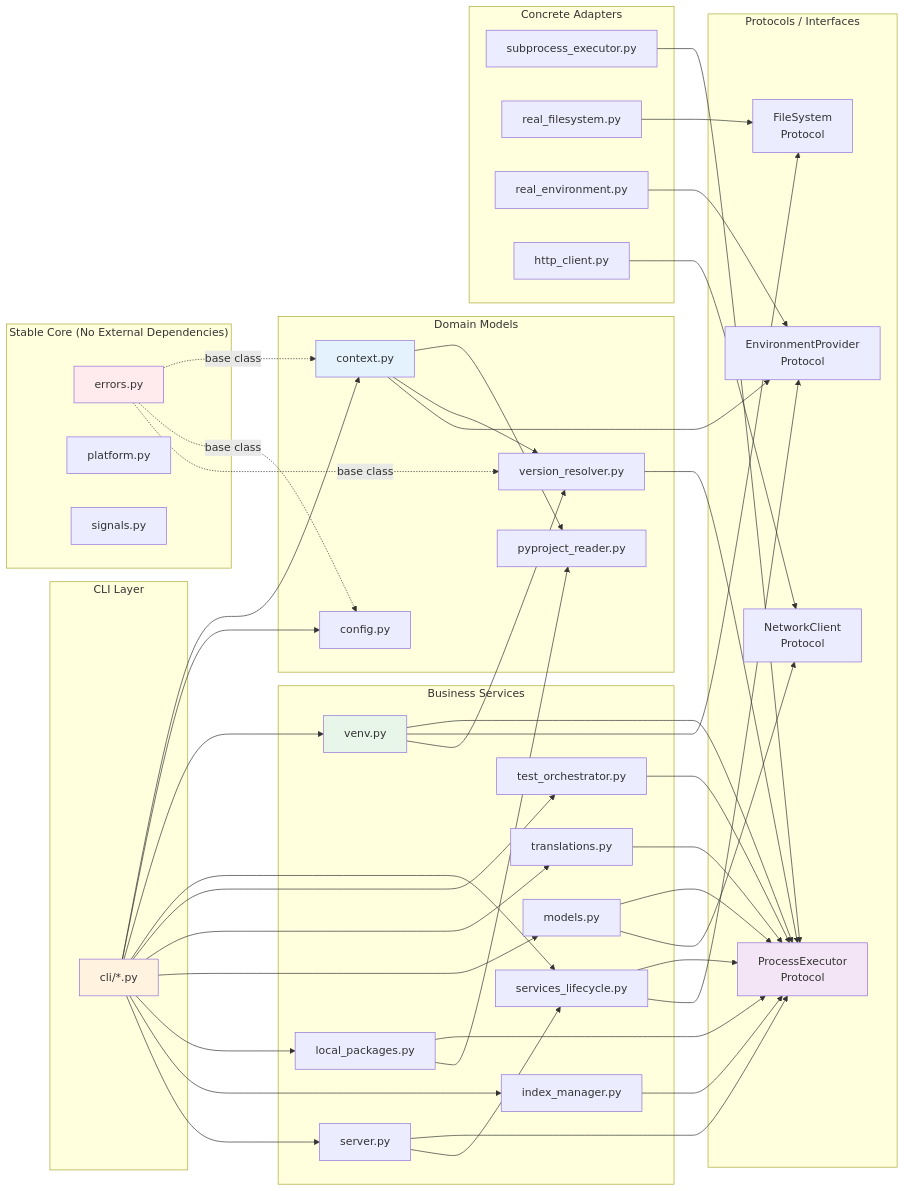
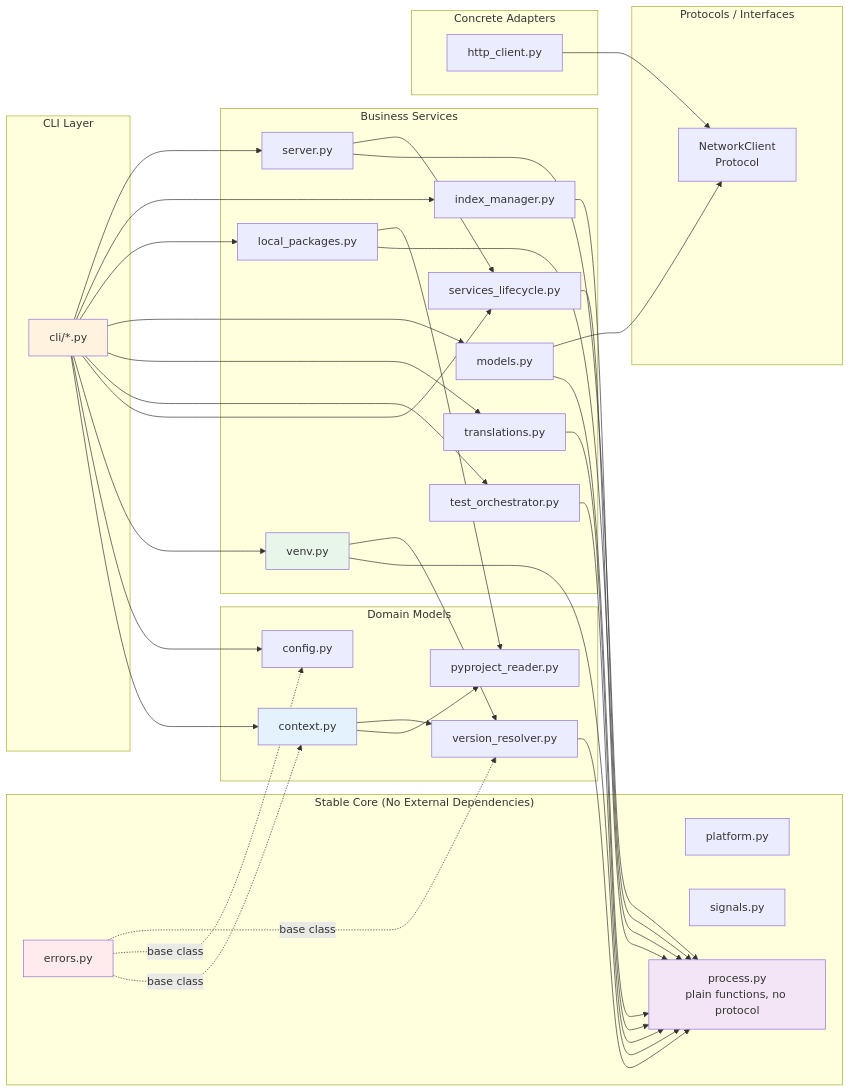
One commit to oarepo/oarepo-cli changed the second of 5 diagrams in docs/architecture/01-detailed-design.md. Above: the diagram before and after it, drawn with Mermaid. The commit also changed other lines of this file and 5 other files, not shown here.

Commit message:
process executor spec

````diff
--- a/docs/architecture/01-detailed-design.md
+++ b/docs/architecture/01-detailed-design.md
@@ -92,6 +81,7 @@
         ERR[errors.py]
         PLT[platform.py]
         SIG[signals.py]
+        PROC[process.py<br/>plain functions, no protocol]
     end
 
     subgraph "Domain Models"
@@ -102,9 +92,6 @@
     end
 
     subgraph "Protocols / Interfaces"
-        PROC_P[ProcessExecutor<br/>Protocol]
-        FS_P[FileSystem<br/>Protocol]
-        ENV_P[EnvironmentProvider<br/>Protocol]
         NET_P[NetworkClient<br/>Protocol]
     end
 
@@ -124,9 +111,6 @@
     end
 
     subgraph "Concrete Adapters"
-        SUB[subprocess_executor.py]
-        REALFS[real_filesystem.py]
-        REALENV[real_environment.py]
         HTTP[http_client.py]
     end
 
@@ -136,26 +120,23 @@
 
     CTX --> TOML
     CTX --> VER
-    CTX --> ENV_P
 
-    VER --> PROC_P
+    VER --> PROC
 
-    VENV --> PROC_P
-    VENV --> FS_P
+    VENV --> PROC
     VENV --> VER
 
-    SVC --> PROC_P
-    SVC --> ENV_P
+    SVC --> PROC
 
-    TEST --> PROC_P
+    TEST --> PROC
 
-    XFRM --> PROC_P
-    MDL --> PROC_P
+    XFRM --> PROC
+    MDL --> PROC
     MDL --> NET_P
-    PKG --> PROC_P
+    PKG --> PROC
     PKG --> TOML
-    IDX --> PROC_P
-    SRV --> PROC_P
+    IDX --> PROC
+    SRV --> PROC
     SRV --> SVC
 
     CLI --> CTX
@@ -169,14 +150,11 @@
     CLI --> IDX
     CLI --> SRV
 
-    SUB --> PROC_P
-    REALFS --> FS_P
-    REALENV --> ENV_P
     HTTP --> NET_P
 
     style ERR fill:#ffebee
     style CTX fill:#e3f2fd
-    style PROC_P fill:#f3e5f5
+    style PROC fill:#f3e5f5
     style VENV fill:#e8f5e9
     style CLI fill:#fff3e0
 ```
````
